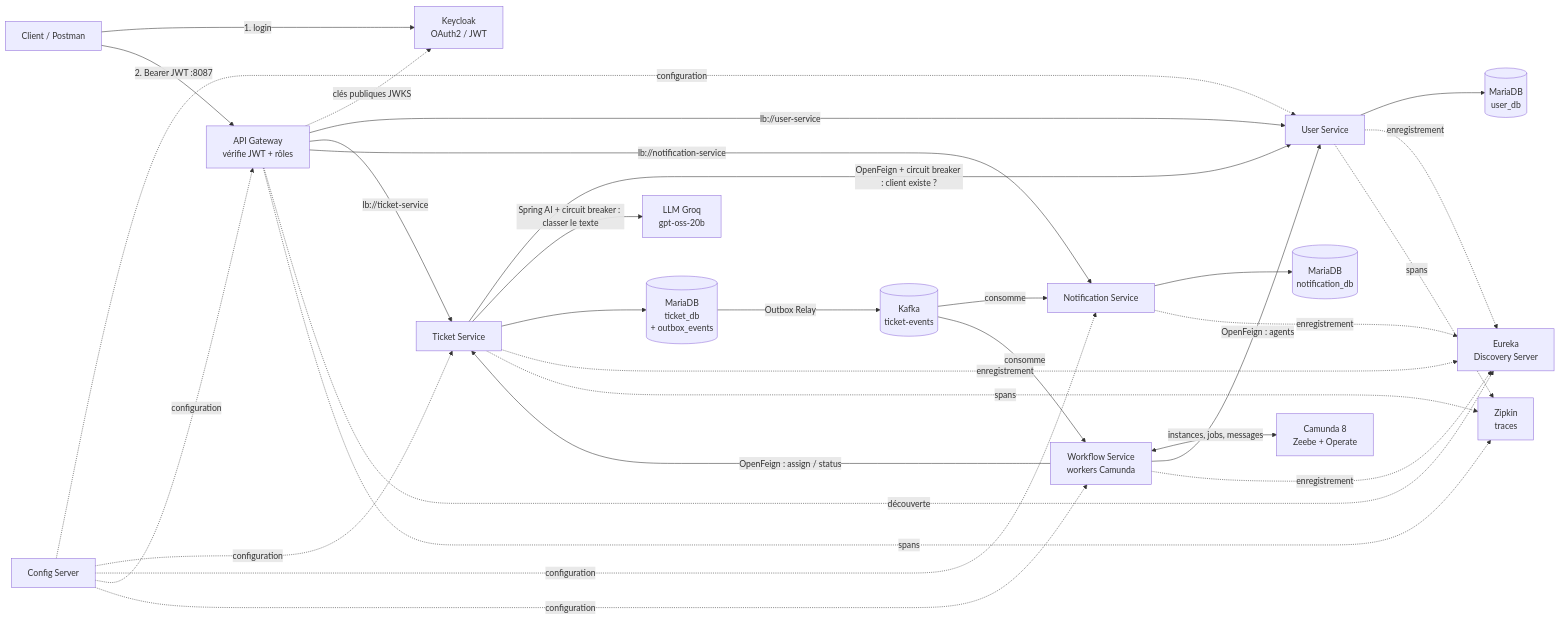
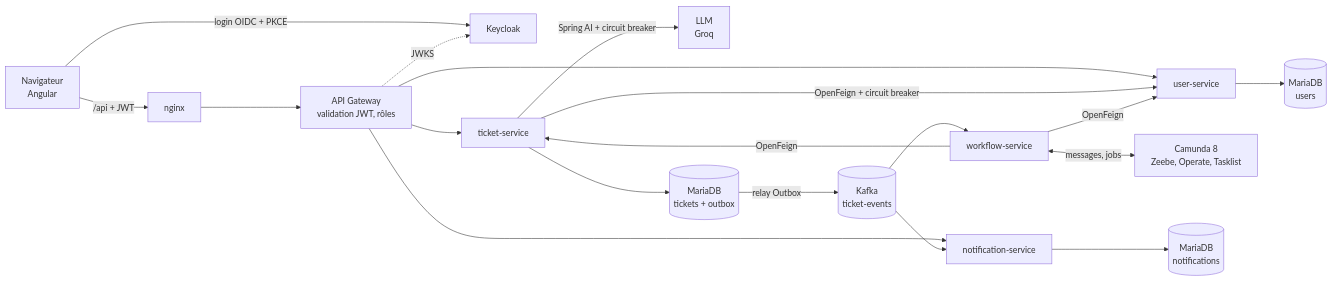
One commit to anasxaz/ticketflow changed the first of 2 diagrams in README.md. Above: the diagram before and after it, drawn with Mermaid. The commit also changed other lines of this file and 1 other file, not shown here.

````diff
--- a/README.md
+++ b/README.md
@@ -15,41 +64,24 @@
 ```mermaid
 flowchart LR
-    C[Client / Postman] -->|1. login| KC[Keycloak<br/>OAuth2 / JWT]
-    C -->|2. Bearer JWT :8087| GW[API Gateway<br/>vérifie JWT + rôles]
-    GW -. clés publiques JWKS .-> KC
+    U[Navigateur<br/>Angular] -->|login OIDC + PKCE| KC[Keycloak]
+    U -->|/api + JWT| NG[nginx]
+    NG --> GW[API Gateway<br/>validation JWT, rôles]
+    GW -. JWKS .-> KC
 
-    GW -->|lb://user-service| US[User Service]
-    GW -->|lb://ticket-service| TS[Ticket Service]
-    GW -->|lb://notification-service| NS[Notification Service]
+    GW --> US[user-service]
+    GW --> TS[ticket-service]
+    GW --> NS[notification-service]
 
-    TS -->|OpenFeign + circuit breaker : client existe ?| US
-    TS -->|Spring AI + circuit breaker : classer le texte| LLM[LLM Groq<br/>gpt-oss-20b]
-    TS --> TDB[(MariaDB<br/>ticket_db<br/>+ outbox_events)]
-    TDB -->|Outbox Relay| K[(Kafka<br/>ticket-events)]
-    K -->|consomme| NS
-    K -->|consomme| WS[Workflow Service<br/>workers Camunda]
-    WS <-->|instances, jobs, messages| CA[Camunda 8<br/>Zeebe + Operate]
-    WS -->|OpenFeign : agents| US
-    WS -->|OpenFeign : assign / status| TS
+    TS -->|OpenFeign + circuit breaker| US
+    TS -->|Spring AI + circuit breaker| LLM[LLM<br/>Groq]
+    TS --> TDB[(MariaDB<br/>tickets + outbox)]
+    TDB -->|relay Outbox| K[(Kafka<br/>ticket-events)]
+    K --> NS
+    K --> WS[workflow-service]
+    WS <-->|messages, jobs| CA[Camunda 8<br/>Zeebe, Operate, Tasklist]
+    WS -->|OpenFeign| TS
+    WS -->|OpenFeign| US
 
-    US --> UDB[(MariaDB<br/>user_db)]
-    NS --> NDB[(MariaDB<br/>notification_db)]
-
-    CS[Config Server] -. configuration .-> US
-    CS -. configuration .-> TS
-    CS -. configuration .-> NS
-    CS -. configuration .-> GW
-    CS -. configuration .-> WS
-
-    EU[Eureka<br/>Discovery Server]
-    US -. enregistrement .-> EU
-    TS -. enregistrement .-> EU
-    NS -. enregistrement .-> EU
-    WS -. enregistrement .-> EU
-    GW -. découverte .-> EU
-
-    ZK[Zipkin<br/>traces]
-    GW -. spans .-> ZK
-    TS -. spans .-> ZK
-    US -. spans .-> ZK
+    US --> UDB[(MariaDB<br/>users)]
+    NS --> NDB[(MariaDB<br/>notifications)]
 ```
````
